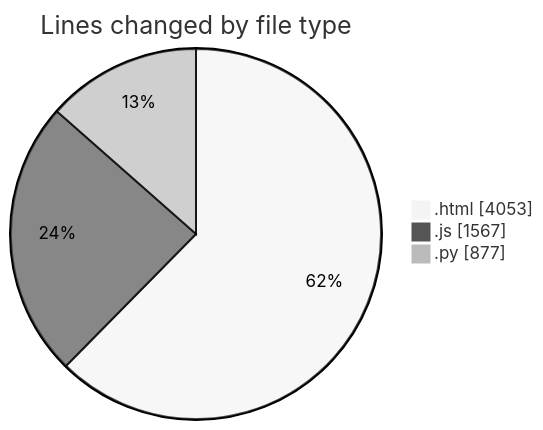
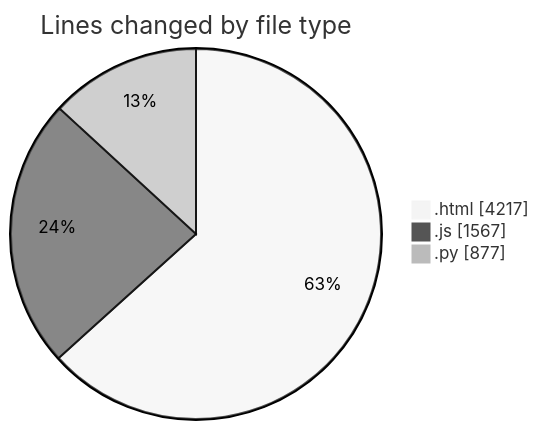
Before and after one commit to shibass792/code-tracking: the first of 2 diagrams in 2026-07-15/shibass-ai/README.md, drawn with Mermaid (neutral theme). The commit also changed other lines of this file and 1 other file, not shown here.

````diff
--- a/2026-07-15/shibass-ai/README.md
+++ b/2026-07-15/shibass-ai/README.md
@@ -24,7 +24,7 @@
 ```mermaid
 pie showData
 title Lines changed by file type
-".html" : 4053
+".html" : 4217
 ".js" : 1567
 ".py" : 877
 ```
````
